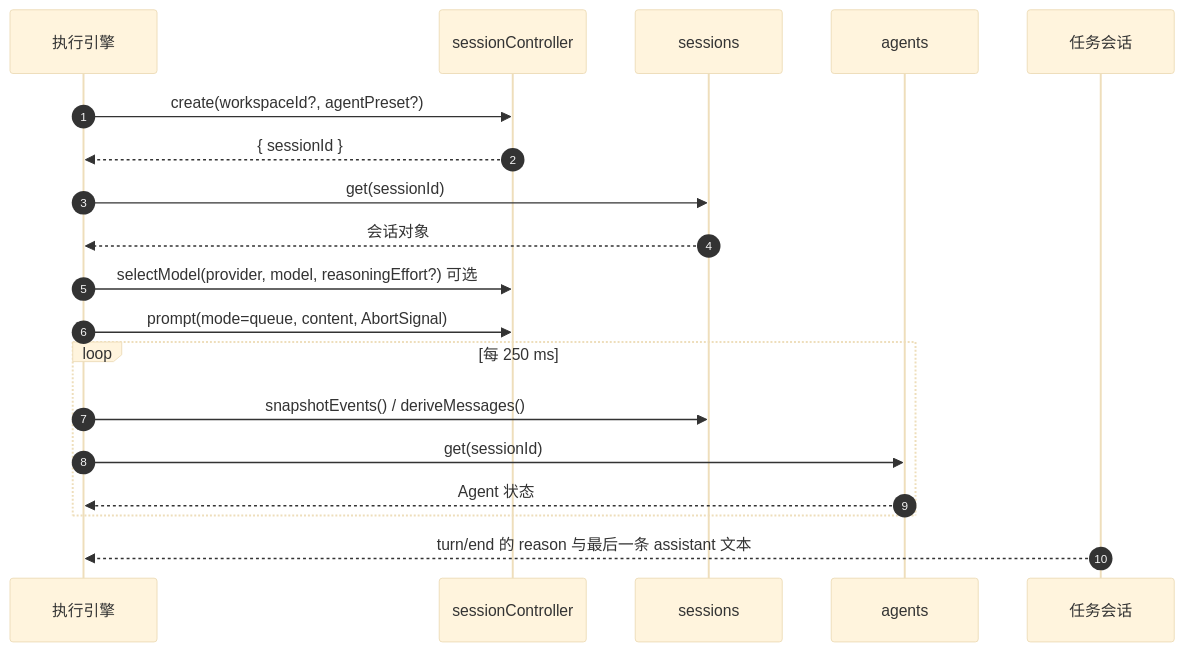
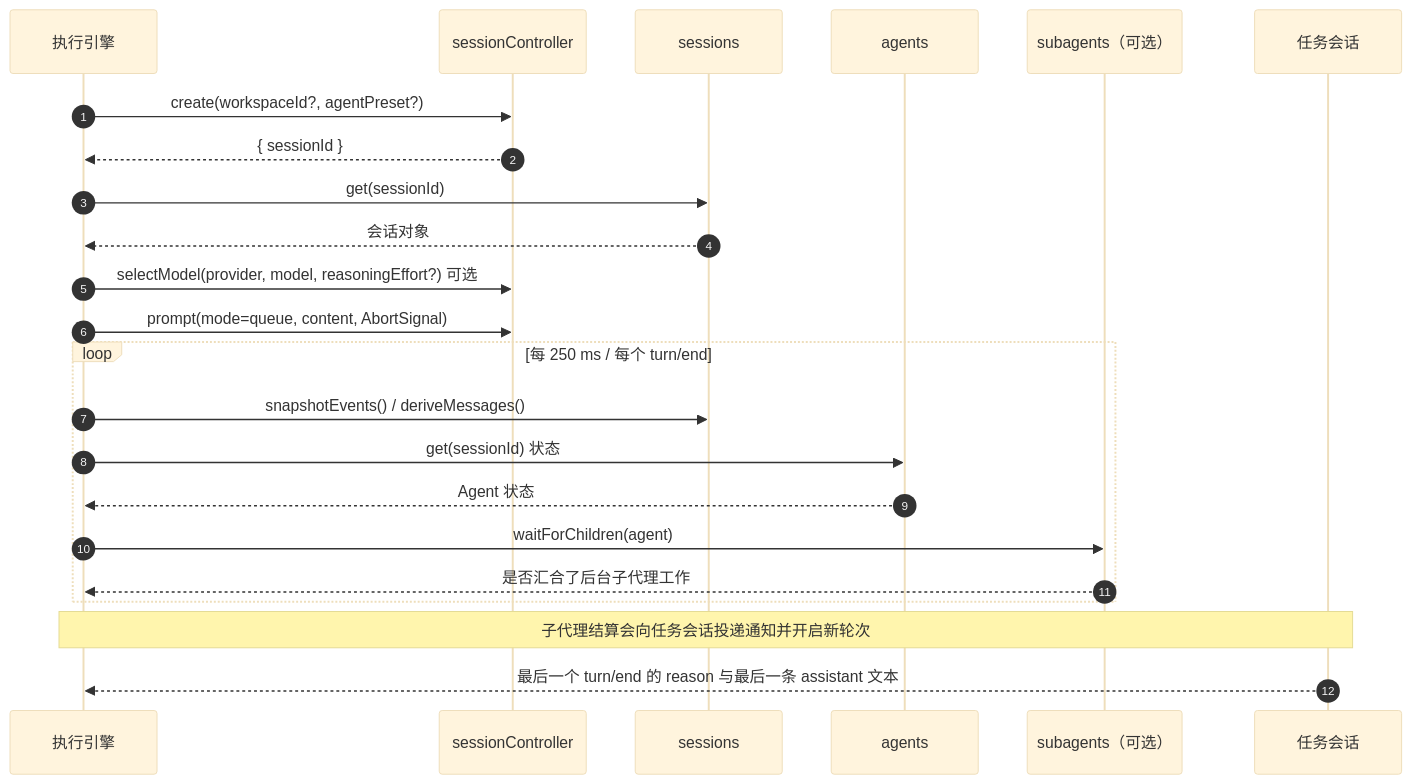
Before and after one commit to czyt1988/dsh-workflow-orchestrator: the third of 3 diagrams in docs/dev/execution-engine.md, drawn with Mermaid (base theme). The commit also changed other lines of this file and 13 other files, not shown here.

First line of the commit message:
fix(engine): wait for background subagents before completing a task

````diff
--- a/docs/dev/execution-engine.md
+++ b/docs/dev/execution-engine.md
@@ -153,21 +153,25 @@
 ```mermaid
 sequenceDiagram
   autonumber
   participant E as 执行引擎
   participant SC as sessionController
   participant SS as sessions
   participant AG as agents
+  participant SA as subagents（可选）
   participant T as 任务会话
   E->>SC: create(workspaceId?, agentPreset?)
   SC-->>E: { sessionId }
   E->>SS: get(sessionId)
   SS-->>E: 会话对象
   E->>SC: selectModel(provider, model, reasoningEffort?) 可选
   E->>SC: prompt(mode=queue, content, AbortSignal)
-  loop 每 250 ms
+  loop 每 250 ms / 每个 turn/end
     E->>SS: snapshotEvents() / deriveMessages()
-    E->>AG: get(sessionId)
+    E->>AG: get(sessionId) 状态
     AG-->>E: Agent 状态
+    E->>SA: waitForChildren(agent)
+    SA-->>E: 是否汇合了后台子代理工作
   end
-  T-->>E: turn/end 的 reason 与最后一条 assistant 文本
+  Note over E,T: 子代理结算会向任务会话投递通知并开启新轮次
+  T-->>E: 最后一个 turn/end 的 reason 与最后一条 assistant 文本
 ```
````
